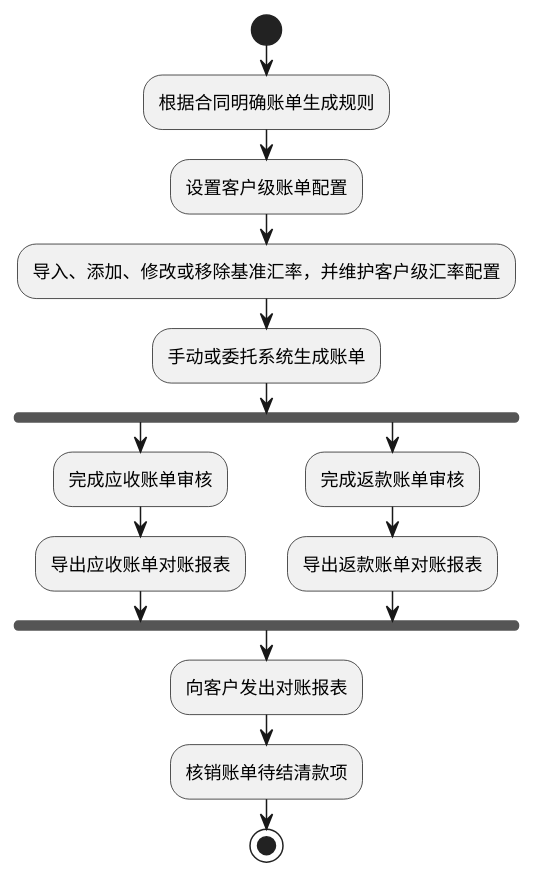
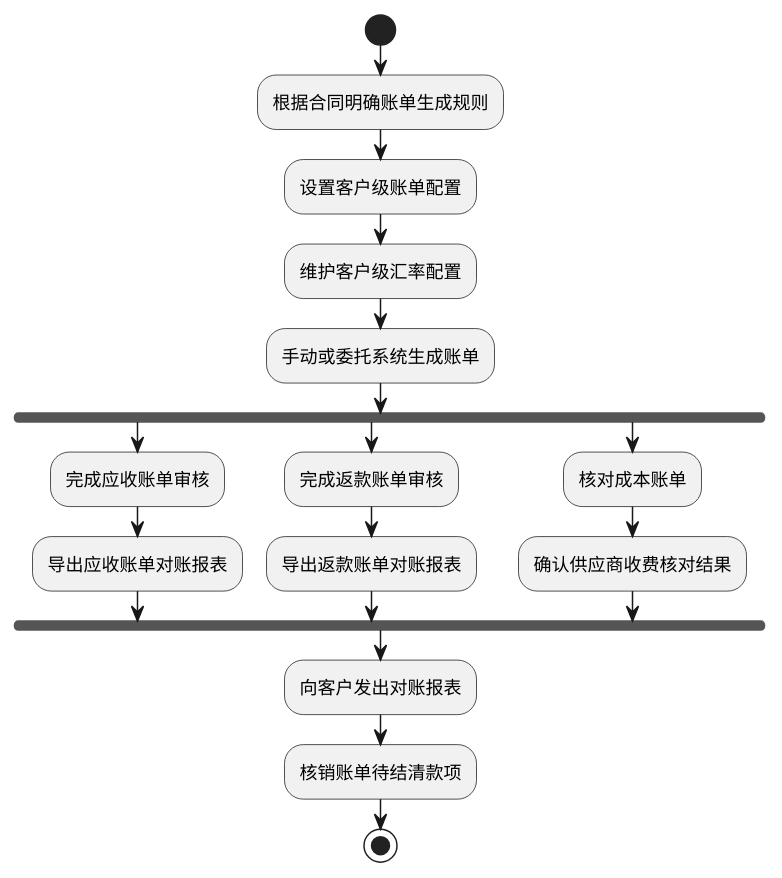
Before and after one commit to jack888332/projects-doc: the first of 14 diagrams in product-caliber/bms/prd/财务系统.PRD.md, drawn with PlantUML. The commit also changed other lines of this file, not shown here.

````diff
--- a/product-caliber/bms/prd/财务系统.PRD.md
+++ b/product-caliber/bms/prd/财务系统.PRD.md
@@ -156,19 +150,22 @@
 ```plantuml
 @startuml
 start
 :根据合同明确账单生成规则;
 :设置客户级账单配置;
-:导入、添加、修改或移除基准汇率，并维护客户级汇率配置;
+:维护客户级汇率配置;
 :手动或委托系统生成账单;
 fork
   :完成应收账单审核;
   :导出应收账单对账报表;
 fork again
   :完成返款账单审核;
   :导出返款账单对账报表;
+fork again
+  :核对成本账单;
+  :确认供应商收费核对结果;
 end fork
 :向客户发出对账报表;
 :核销账单待结清款项;
 stop
 @enduml
 ```
````
